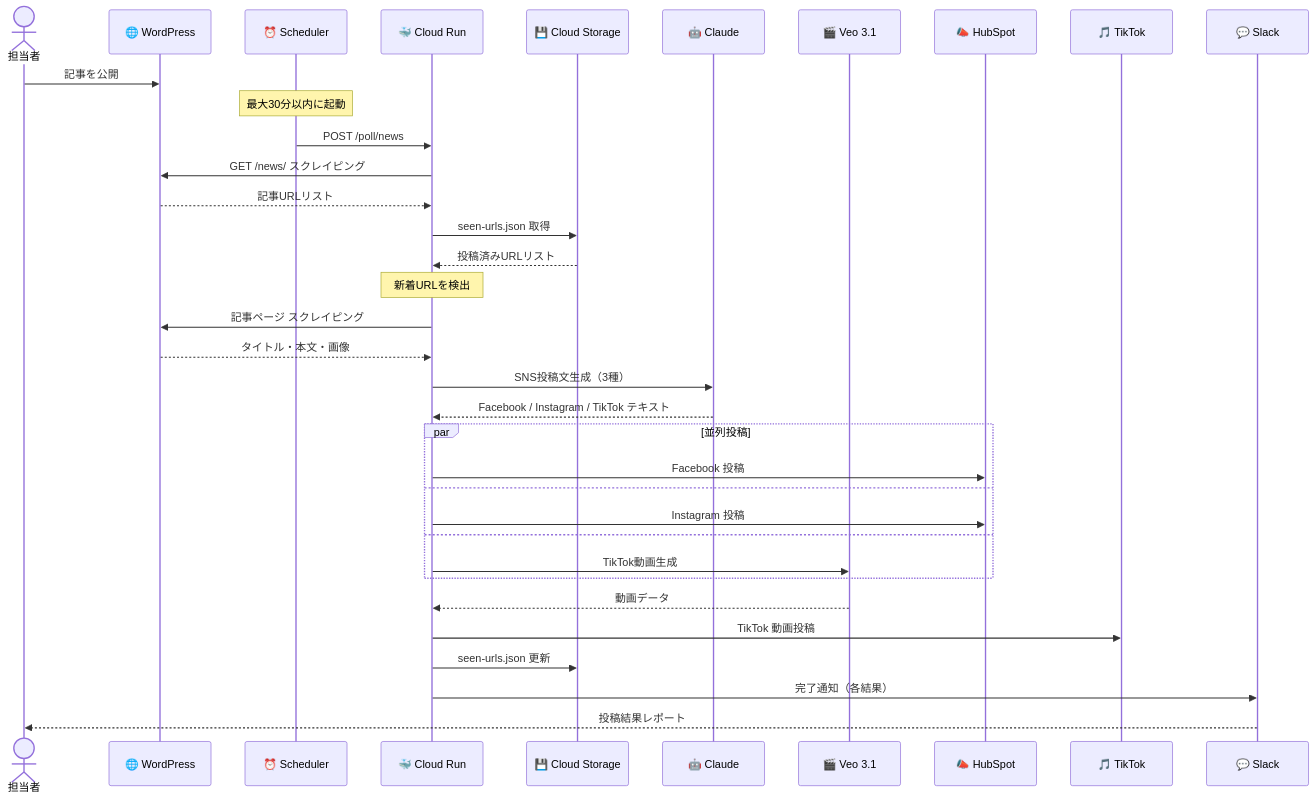
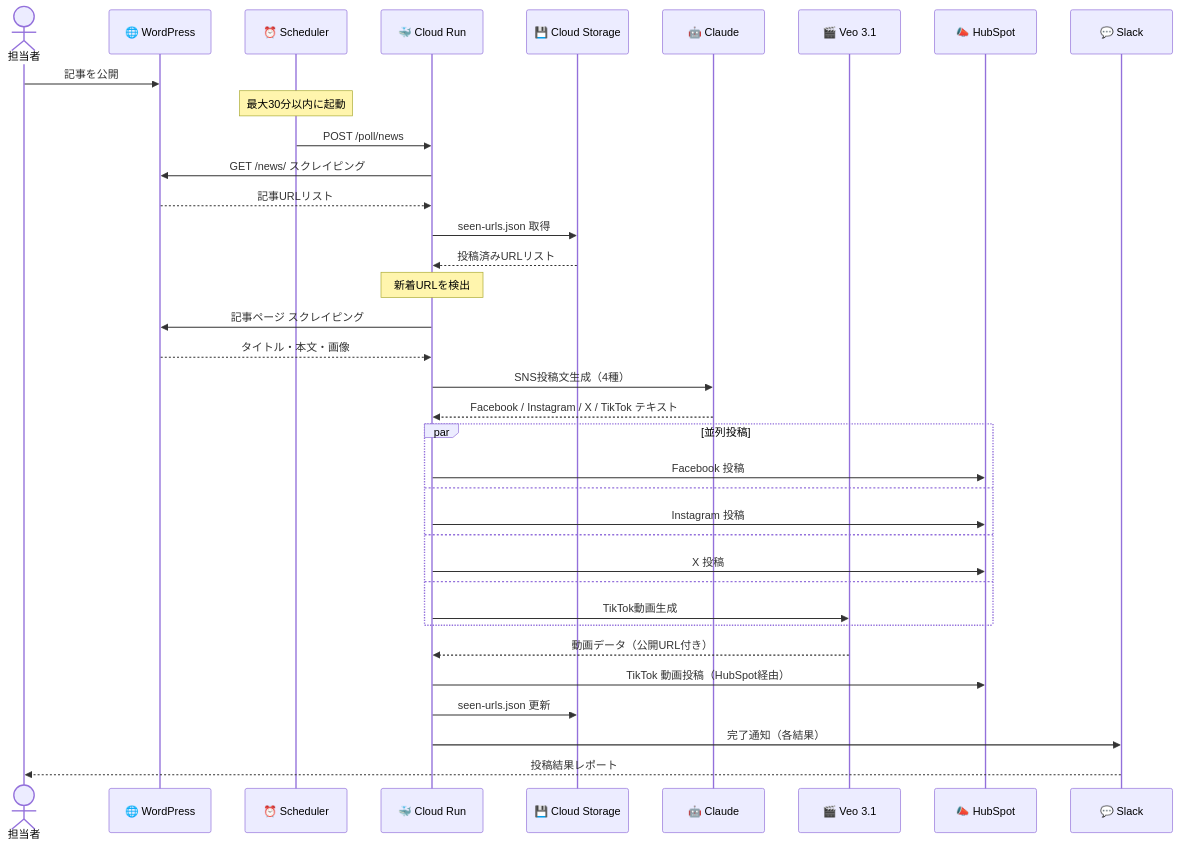
Before and after one commit to hideyoshihommura-design/koho-sesaku: the fourth of 5 diagrams in SNS自動投稿_システム図.md, drawn with Mermaid. The commit also changed other lines of this file and 10 other files, not shown here.

````diff
--- a/SNS自動投稿_システム図.md
+++ b/SNS自動投稿_システム図.md
@@ -133,38 +135,39 @@
 ```mermaid
 sequenceDiagram
     actor 担当者
     participant WP as 🌐 WordPress
     participant SC as ⏰ Scheduler
     participant CR as 🐳 Cloud Run
     participant GCS as 💾 Cloud Storage
     participant CL as 🤖 Claude
     participant VEO as 🎬 Veo 3.1
     participant HS as 📣 HubSpot
-    participant TK as 🎵 TikTok
     participant SL as 💬 Slack
 
     担当者->>WP: 記事を公開
     Note over SC: 最大30分以内に起動
     SC->>CR: POST /poll/news
     CR->>WP: GET /news/ スクレイピング
     WP-->>CR: 記事URLリスト
     CR->>GCS: seen-urls.json 取得
     GCS-->>CR: 投稿済みURLリスト
     Note over CR: 新着URLを検出
     CR->>WP: 記事ページ スクレイピング
     WP-->>CR: タイトル・本文・画像
-    CR->>CL: SNS投稿文生成（3種）
-    CL-->>CR: Facebook / Instagram / TikTok テキスト
+    CR->>CL: SNS投稿文生成（4種）
+    CL-->>CR: Facebook / Instagram / X / TikTok テキスト
     par 並列投稿
         CR->>HS: Facebook 投稿
     and
         CR->>HS: Instagram 投稿
     and
+        CR->>HS: X 投稿
+    and
         CR->>VEO: TikTok動画生成
     end
-    VEO-->>CR: 動画データ
-    CR->>TK: TikTok 動画投稿
+    VEO-->>CR: 動画データ（公開URL付き）
+    CR->>HS: TikTok 動画投稿（HubSpot経由）
     CR->>GCS: seen-urls.json 更新
     CR->>SL: 完了通知（各結果）
     SL-->>担当者: 投稿結果レポート
 ```
````
